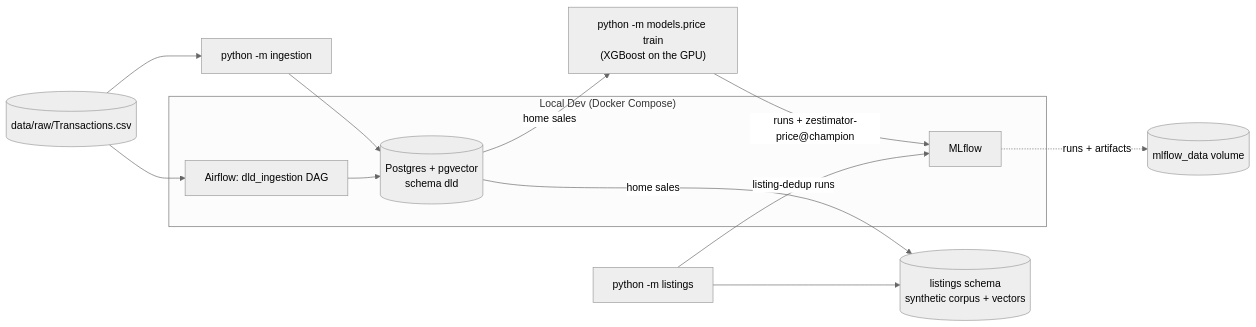
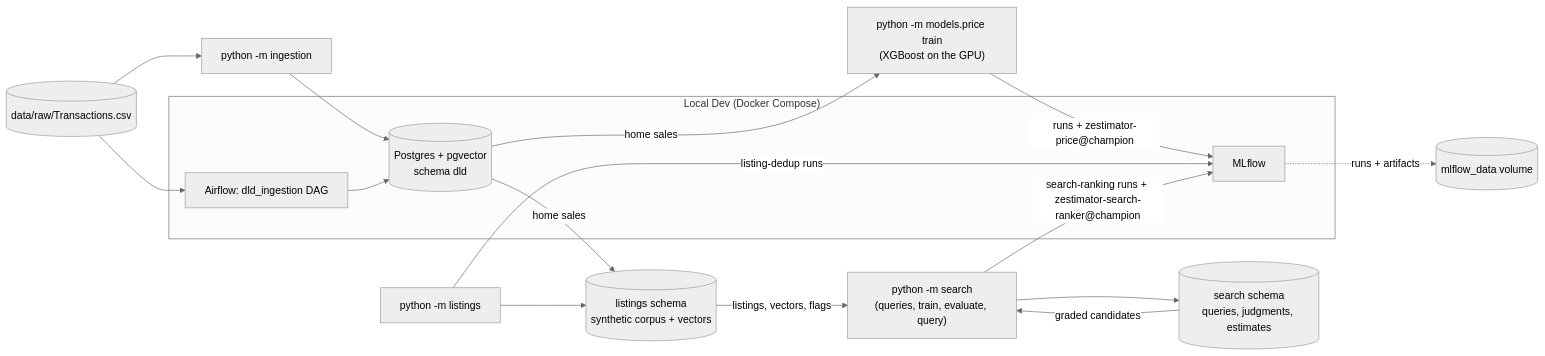
The diagram in README.md (chiragn28/Dubimator), drawn with Mermaid (neutral theme) before and after one commit. The commit also changed other lines of this file and 1 other file, not shown here.

Commit message:
docs: Phase 5 property search results, write-up and spec amendments

````diff
--- a/README.md
+++ b/README.md
@@ -12,22 +12,28 @@
 ```mermaid
 graph LR
     CSV[("data/raw/Transactions.csv")]
     CLI["python -m ingestion"]
     subgraph "Local Dev (Docker Compose)"
         AF[Airflow: dld_ingestion DAG]
         PG[(Postgres + pgvector<br/>schema dld)]
         ML[MLflow]
     end
     MLRUNS[("mlflow_data volume")]
     CSV --> CLI --> PG
     CSV --> AF --> PG
     ML -.->|"runs + artifacts"| MLRUNS
     TRAIN["python -m models.price train<br/>(XGBoost on the GPU)"]
     PG -->|"home sales"| TRAIN
     TRAIN -->|"runs + zestimator-price@champion"| ML
     LCLI["python -m listings"]
     LISTINGS[("listings schema<br/>synthetic corpus + vectors")]
     PG -->|"home sales"| LISTINGS
     LCLI --> LISTINGS
     LCLI -->|"listing-dedup runs"| ML
+    SCLI["python -m search<br/>(queries, train, evaluate, query)"]
+    SEARCH[("search schema<br/>queries, judgments, estimates")]
+    LISTINGS -->|"listings, vectors, flags"| SCLI
+    SCLI --> SEARCH
+    SEARCH -->|"graded candidates"| SCLI
+    SCLI -->|"search-ranking runs + zestimator-search-ranker@champion"| ML
 ```
````
